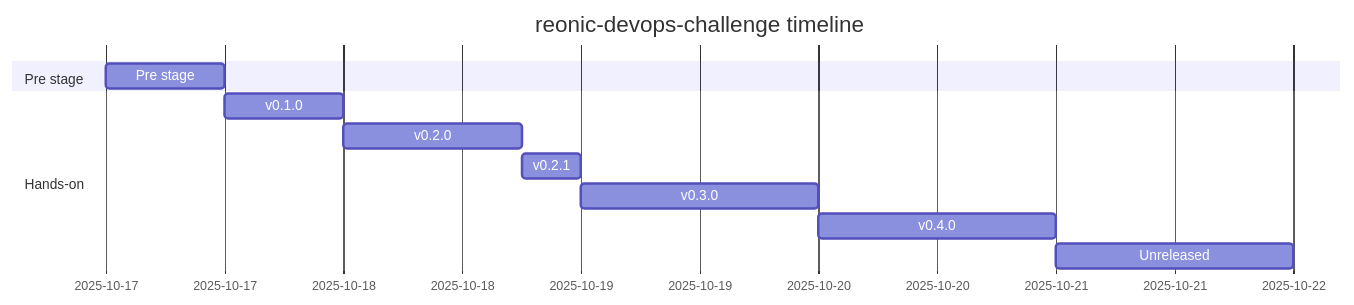
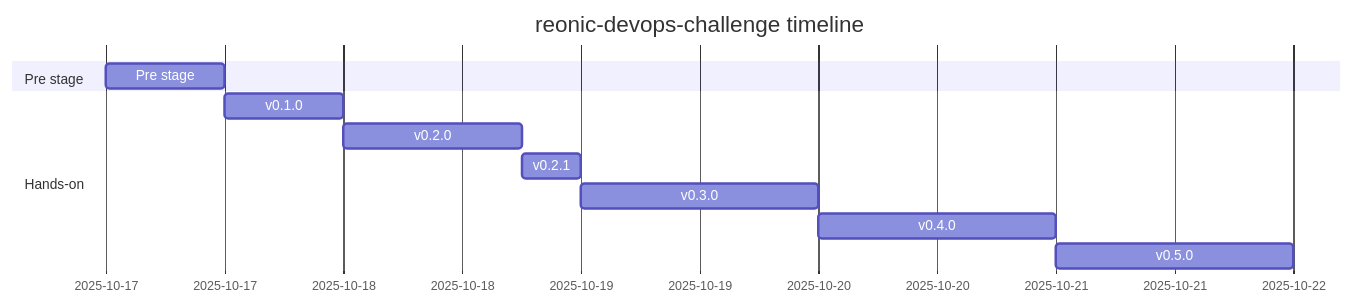
The diagram in SUBMISSION.md (whisperpine/reonic-devops-challenge), drawn with Mermaid before and after one commit. The commit also changed other lines of this file, not shown here.

````diff
--- a/SUBMISSION.md
+++ b/SUBMISSION.md
@@ -30,14 +30,14 @@
 ```mermaid
 gantt
     title reonic-devops-challenge timeline
     dateFormat YYYY-MM-DD
     section Pre stage
         Pre stage   :a0, 2025-10-17, 12h
     section Hands-on
         v0.1.0      :a1, after a0, 12h
         v0.2.0      :a2, after a1, 18h
         v0.2.1      :a21, after a2, 6h
         v0.3.0      :a3, after a21, 1d
         v0.4.0      :a4, after a3, 1d
-        Unreleased  :2025-10-22
+        v0.5.0      :a5, after a4, 1d
 ```
````
